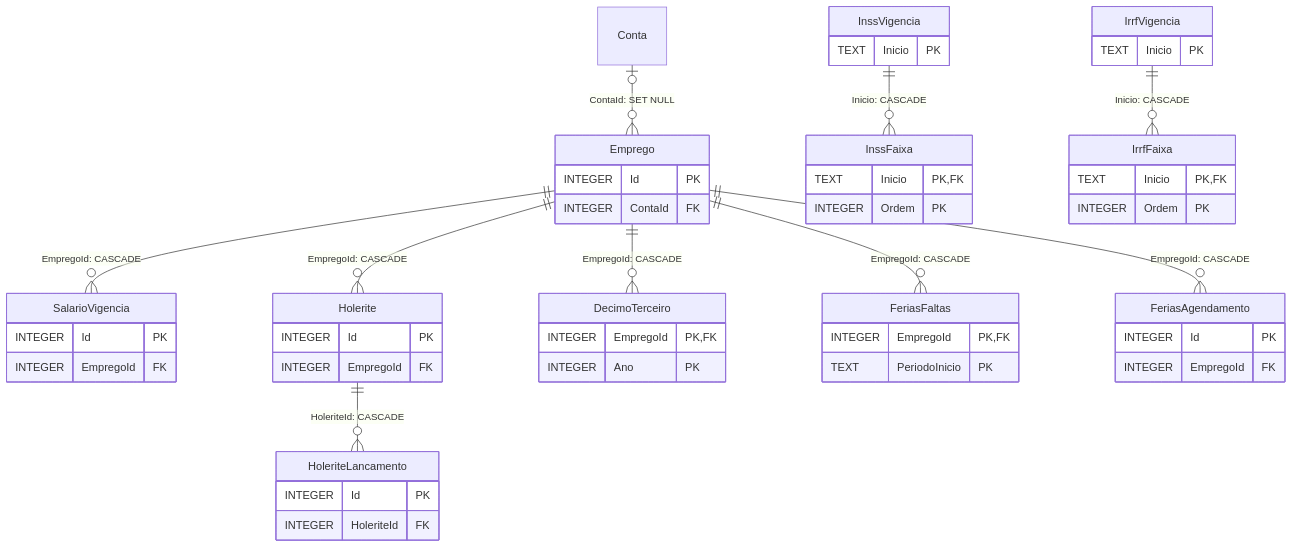
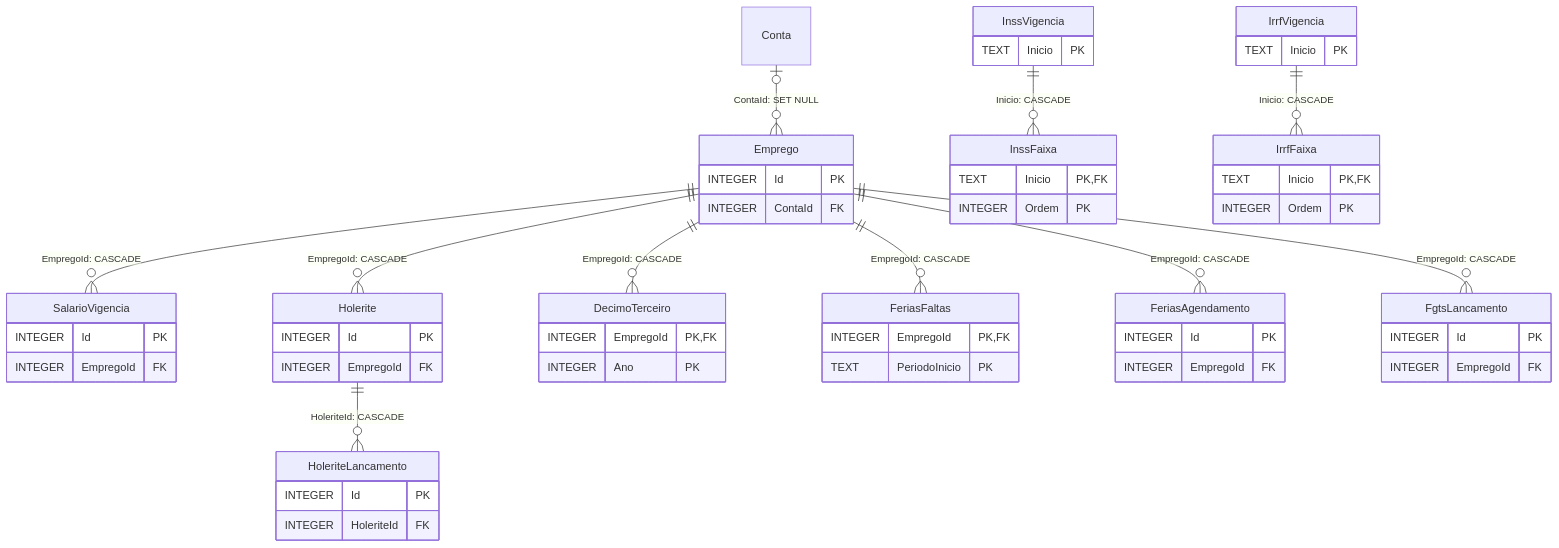
One commit to LucasDesenvGit/financas-local changed the eighth of 8 diagrams in docs/BANCO-DE-DADOS.md. Above: the diagram before and after it, drawn with Mermaid. The commit also changed 35 other files, not shown here.

````diff
--- a/docs/BANCO-DE-DADOS.md
+++ b/docs/BANCO-DE-DADOS.md
@@ -205,54 +205,59 @@
 ```mermaid
 erDiagram
     Emprego {
         INTEGER Id PK
         INTEGER ContaId FK
     }
     SalarioVigencia {
         INTEGER Id PK
         INTEGER EmpregoId FK
     }
     InssVigencia {
         TEXT Inicio PK
     }
     InssFaixa {
         TEXT Inicio PK,FK
         INTEGER Ordem PK
     }
     IrrfVigencia {
         TEXT Inicio PK
     }
     IrrfFaixa {
         TEXT Inicio PK,FK
         INTEGER Ordem PK
     }
     Holerite {
         INTEGER Id PK
         INTEGER EmpregoId FK
     }
     HoleriteLancamento {
         INTEGER Id PK
         INTEGER HoleriteId FK
     }
     DecimoTerceiro {
         INTEGER EmpregoId PK,FK
         INTEGER Ano PK
     }
     FeriasFaltas {
         INTEGER EmpregoId PK,FK
         TEXT PeriodoInicio PK
     }
     FeriasAgendamento {
         INTEGER Id PK
         INTEGER EmpregoId FK
     }
+    FgtsLancamento {
+        INTEGER Id PK
+        INTEGER EmpregoId FK
+    }
     Conta |o--o{ Emprego : "ContaId: SET NULL"
     Emprego ||--o{ SalarioVigencia : "EmpregoId: CASCADE"
     InssVigencia ||--o{ InssFaixa : "Inicio: CASCADE"
     IrrfVigencia ||--o{ IrrfFaixa : "Inicio: CASCADE"
     Emprego ||--o{ Holerite : "EmpregoId: CASCADE"
     Holerite ||--o{ HoleriteLancamento : "HoleriteId: CASCADE"
     Emprego ||--o{ DecimoTerceiro : "EmpregoId: CASCADE"
     Emprego ||--o{ FeriasFaltas : "EmpregoId: CASCADE"
     Emprego ||--o{ FeriasAgendamento : "EmpregoId: CASCADE"
+    Emprego ||--o{ FgtsLancamento : "EmpregoId: CASCADE"
 ```
````
